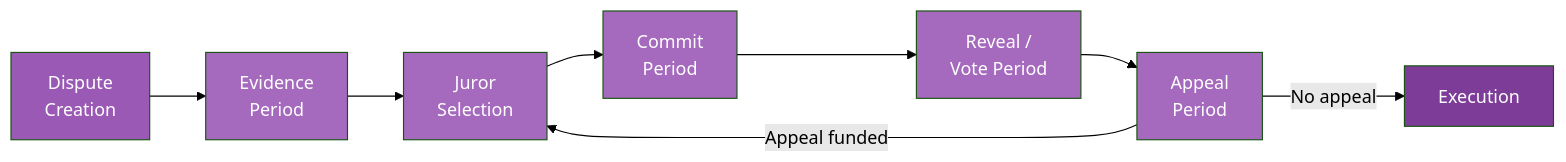
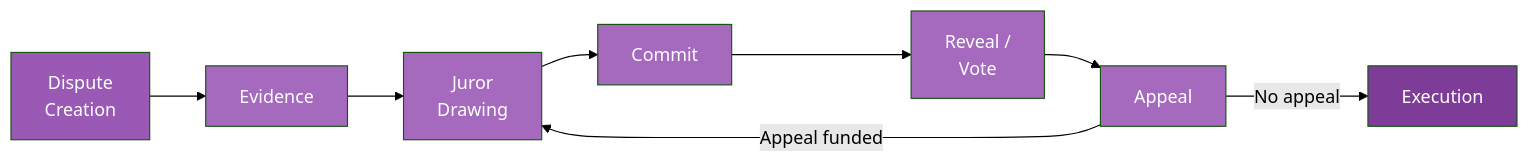
Before and after one commit to kleros/docs: the first of 3 diagrams in court/how-it-works.mdx, drawn with Mermaid (forest theme). The commit also changed other lines of this file and 122 other files, not shown here.

````diff
--- a/court/how-it-works.mdx
+++ b/court/how-it-works.mdx
@@ -14,18 +18,18 @@
 ```mermaid
 flowchart LR
-    A["Dispute\nCreation"] --> B["Evidence\nPeriod"]
-    B --> C["Juror\nSelection"]
-    C --> D["Commit\nPeriod"]
-    D --> E["Reveal /\nVote Period"]
-    E --> F["Appeal\nPeriod"]
+    A["Dispute<br/>Creation"] --> B["Evidence"]
+    B --> C["Juror<br/>Drawing"]
+    C --> D["Commit"]
+    D --> E["Reveal /<br/>Vote"]
+    E --> F["Appeal"]
     F -->|"Appeal funded"| C
     F -->|"No appeal"| G["Execution"]
 
     style A fill:#9b59b6,color:#fff
     style B fill:#a569bd,color:#fff
     style C fill:#a569bd,color:#fff
     style D fill:#a569bd,color:#fff
     style E fill:#a569bd,color:#fff
     style F fill:#a569bd,color:#fff
     style G fill:#7d3c98,color:#fff
 ```
````
